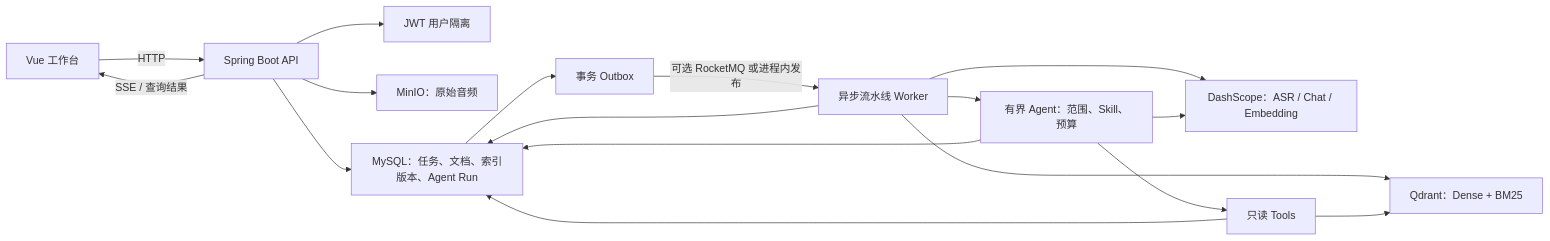
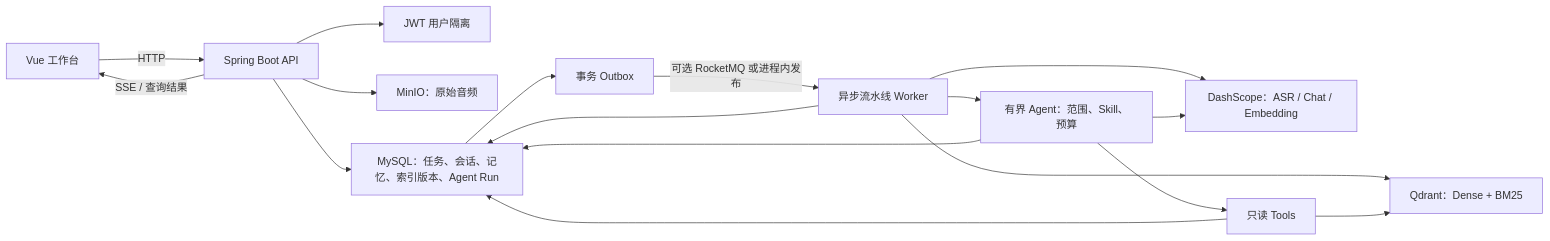
One commit to normalform3/voice-note changed the diagram in README.md. Above: the diagram before and after it, drawn with Mermaid. The commit also changed other lines of this file and 82 other files, not shown here.

```diff
--- a/README.md
+++ b/README.md
@@ -96,21 +97,21 @@
 ~~~mermaid
 flowchart LR
     Browser["Vue 工作台"] -->|"HTTP"| Api["Spring Boot API"]
     Api -->|"SSE / 查询结果"| Browser
     Api --> Auth["JWT 用户隔离"]
     Api --> Minio["MinIO：原始音频"]
-    Api --> Mysql["MySQL：任务、文档、索引版本、Agent Run"]
+    Api --> Mysql["MySQL：任务、会话、记忆、索引版本、Agent Run"]
 
     Mysql --> Outbox["事务 Outbox"]
     Outbox -->|"可选 RocketMQ 或进程内发布"| Workers["异步流水线 Worker"]
     Workers --> Models["DashScope：ASR / Chat / Embedding"]
     Workers --> Mysql
     Workers --> Qdrant["Qdrant：Dense + BM25"]
     Workers --> Agent["有界 Agent：范围、Skill、预算"]
 
     Agent --> Tools["只读 Tools"]
     Tools --> Mysql
     Tools --> Qdrant
     Agent --> Models
     Agent --> Mysql
 ~~~
```
